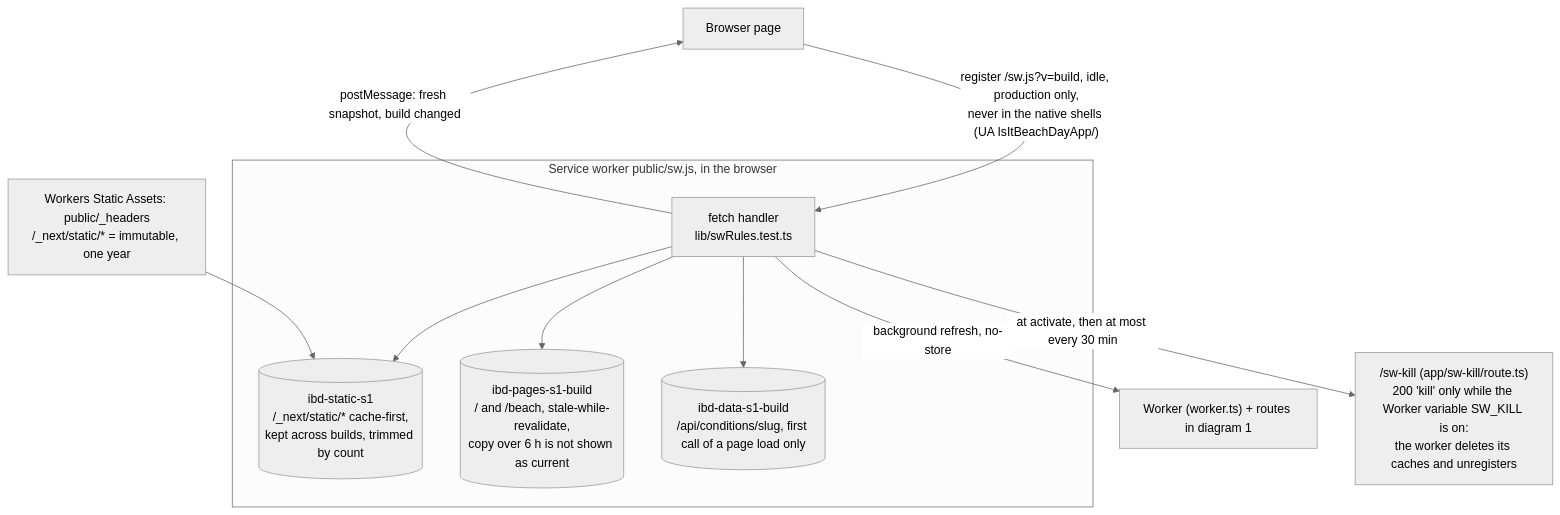
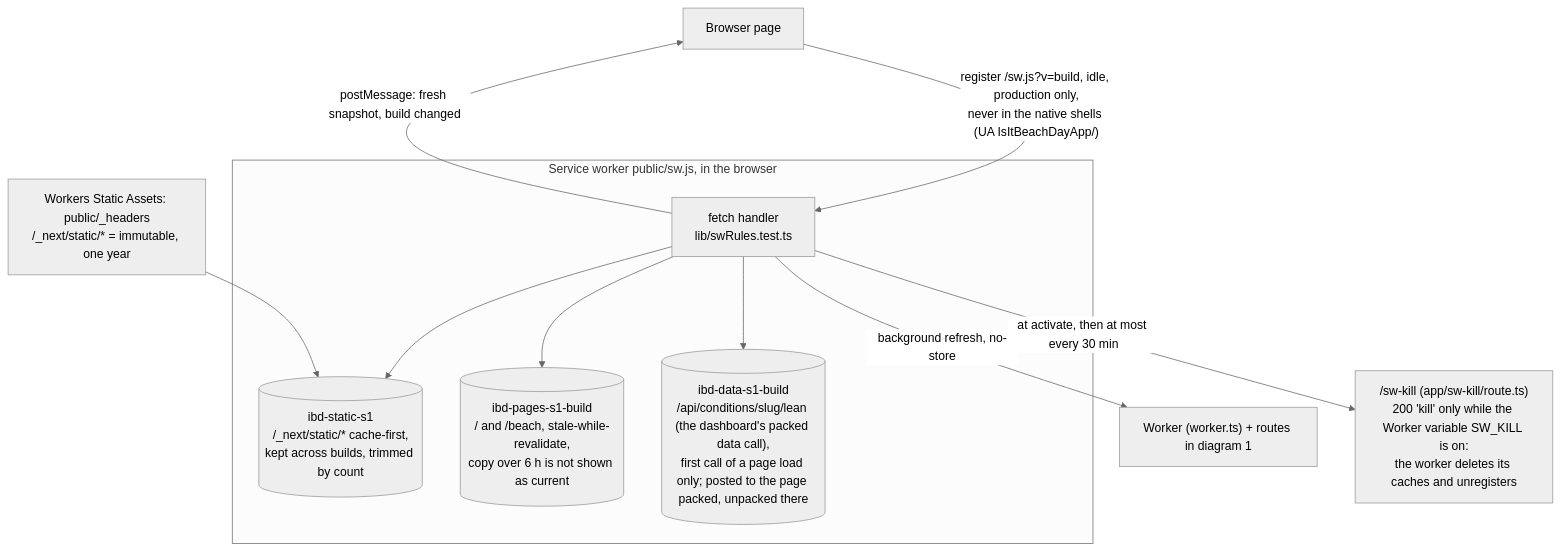
The second of 6 diagrams in docs/architecture.md (jayfrid-bot/bocabeach), drawn with Mermaid (neutral theme) before and after one commit. The commit also changed other lines of this file and 17 other files, not shown here.

First line of the commit message:
Perf integrate: wire the lean data route through the edge cache and the service worker

````diff
--- a/docs/architecture.md
+++ b/docs/architecture.md
@@ -167,13 +168,13 @@
 ```mermaid
 flowchart TD
   BR[Browser page] -->|"register /sw.js?v=build, idle, production only,<br/>never in the native shells (UA IsItBeachDayApp/)"| SW
   subgraph SWBOX [Service worker public/sw.js, in the browser]
     SW[fetch handler<br/>lib/swRules.test.ts] --> STATICC[("ibd-static-s1<br/>/_next/static/* cache-first,<br/>kept across builds, trimmed by count")]
     SW --> PAGEC[("ibd-pages-s1-build<br/>/ and /beach, stale-while-revalidate,<br/>copy over 6 h is not shown as current")]
-    SW --> DATAC[("ibd-data-s1-build<br/>/api/conditions/slug, first call of a page load only")]
+    SW --> DATAC[("ibd-data-s1-build<br/>/api/conditions/slug/lean (the dashboard's packed data call),<br/>first call of a page load only; posted to the page packed, unpacked there")]
   end
   SW -->|"background refresh, no-store"| EDGE2["Worker (worker.ts) + routes in diagram 1"]
   SW -->|"postMessage: fresh snapshot, build changed"| BR
   SW -->|"at activate, then at most every 30 min"| KILL["/sw-kill (app/sw-kill/route.ts)<br/>200 'kill' only while the Worker variable SW_KILL is on:<br/>the worker deletes its caches and unregisters"]
   ASSETS["Workers Static Assets: public/_headers<br/>/_next/static/* = immutable, one year"] --> STATICC
 ```
````
